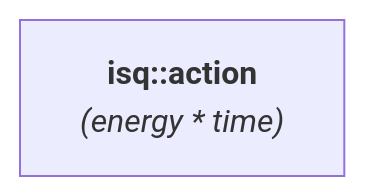
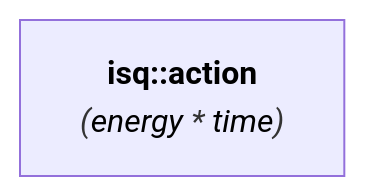
Before and after one commit to mpusz/mp-units: the diagram in docs/reference/systems_reference/hierarchies/action.md, drawn with Mermaid. The commit also changed 166 other files, not shown here.

````diff
--- a/docs/reference/systems_reference/hierarchies/action.md
+++ b/docs/reference/systems_reference/hierarchies/action.md
@@ -8,4 +8,4 @@
 ```mermaid
 flowchart LR
-    isq_action["<b>isq::action</b><br><i>(energy * time)</i>"]
+    isq_action["<b><a href="../../systems/isq/#action" style="color: black; text-decoration: none;">isq::action</a></b><br><i>(<a href="../../systems/isq/#energy" style="color: black; text-decoration: none;">energy</a> * <a href="../../systems/isq/#time" style="color: black; text-decoration: none;">time</a>)</i>"]
 ```
````
